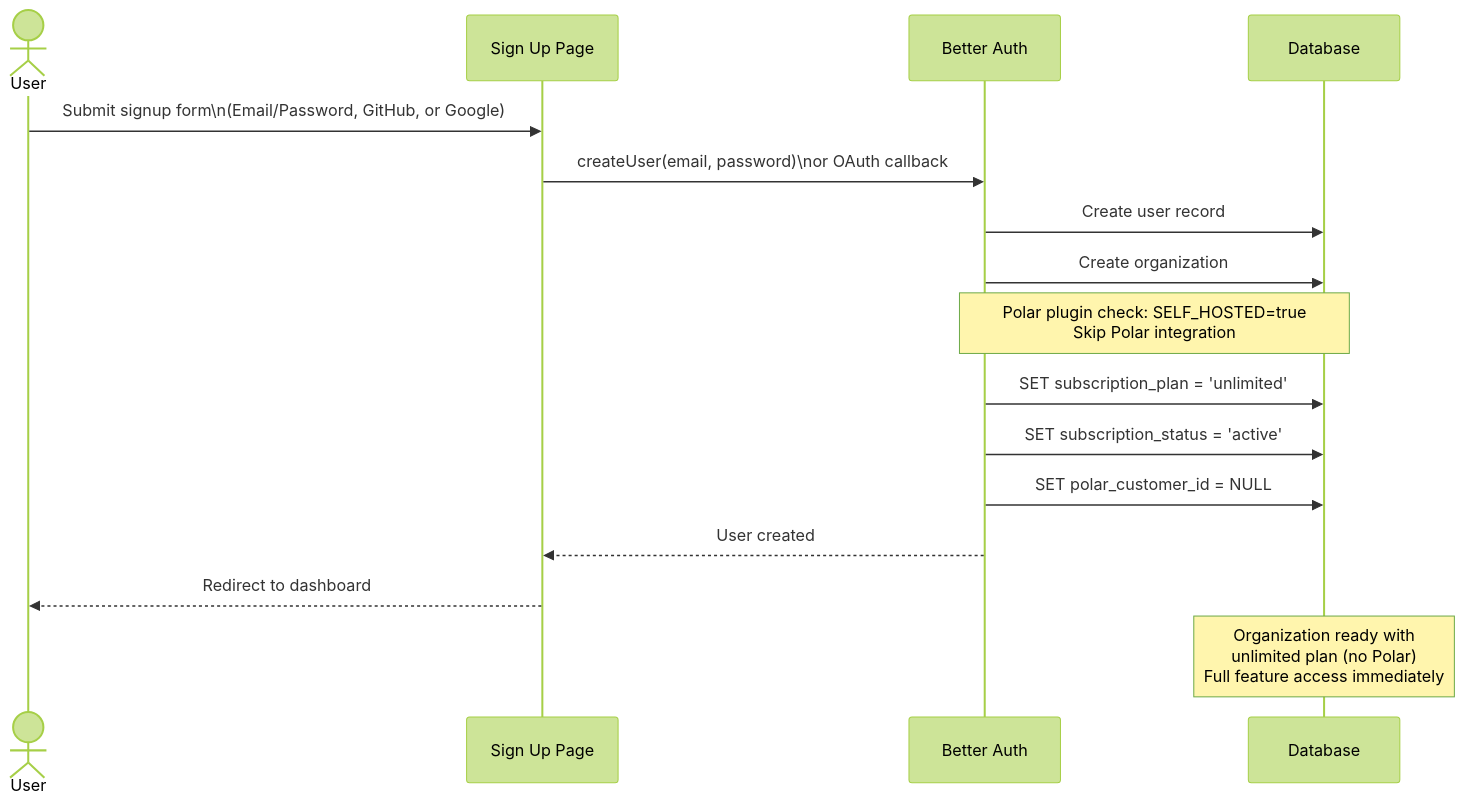
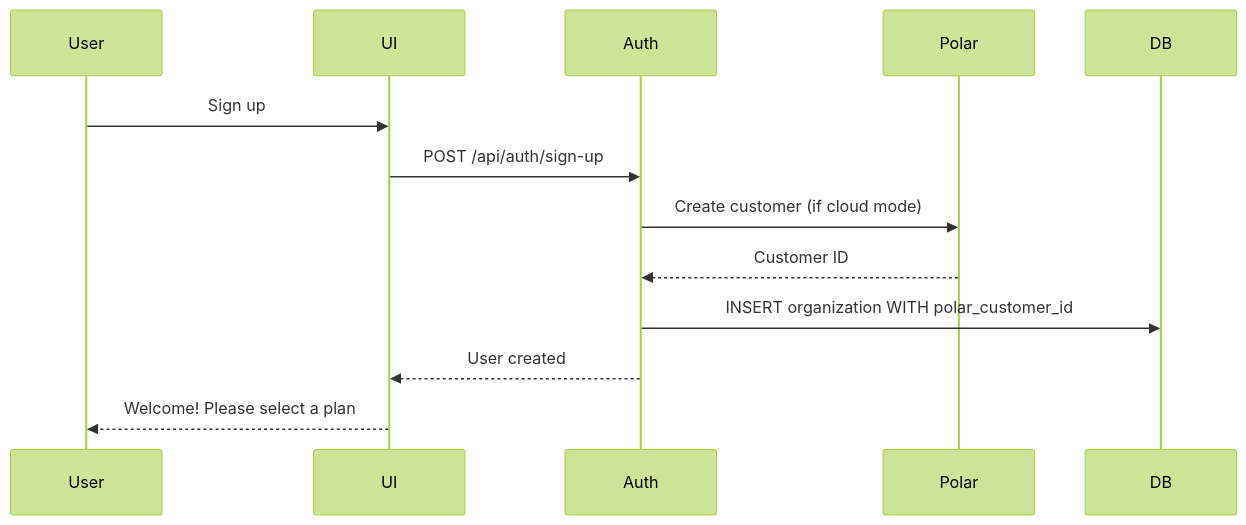
Before and after one commit to supercheck-io/supercheck: the second of 7 diagrams in specs/08-operations/POLAR_BILLING_INTEGRATION.md, drawn with Mermaid (forest theme). The commit also changed other lines of this file and 36 other files, not shown here.

````diff
--- a/specs/08-operations/POLAR_BILLING_INTEGRATION.md
+++ b/specs/08-operations/POLAR_BILLING_INTEGRATION.md
@@ -339,23 +891,16 @@
 ```mermaid
 sequenceDiagram
-    actor User
-    participant UI as Sign Up Page
-    participant BetterAuth as Better Auth
-    participant DB as Database
+    participant User
+    participant UI
+    participant Auth
+    participant Polar
+    participant DB
 
-    User->>UI: Submit signup form\n(Email/Password, GitHub, or Google)
-    UI->>BetterAuth: createUser(email, password)\nor OAuth callback
-    BetterAuth->>DB: Create user record
-    BetterAuth->>DB: Create organization
-
-    Note over BetterAuth,DB: Polar plugin check: SELF_HOSTED=true<br/>Skip Polar integration
-
-    BetterAuth->>DB: SET subscription_plan = 'unlimited'
-    BetterAuth->>DB: SET subscription_status = 'active'
-    BetterAuth->>DB: SET polar_customer_id = NULL
-
-    BetterAuth-->>UI: User created
-    UI-->>User: Redirect to dashboard
-
-    Note over DB: Organization ready with<br/>unlimited plan (no Polar)<br/>Full feature access immediately
+    User->>UI: Sign up
+    UI->>Auth: POST /api/auth/sign-up
+    Auth->>Polar: Create customer (if cloud mode)
+    Polar-->>Auth: Customer ID
+    Auth->>DB: INSERT organization WITH polar_customer_id
+    Auth-->>UI: User created
+    UI-->>User: Welcome! Please select a plan
 ```
````
